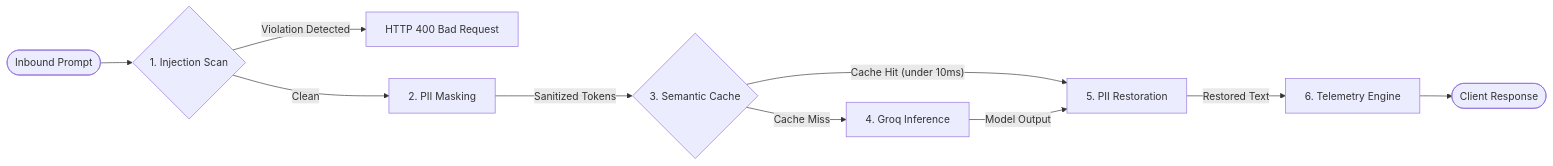
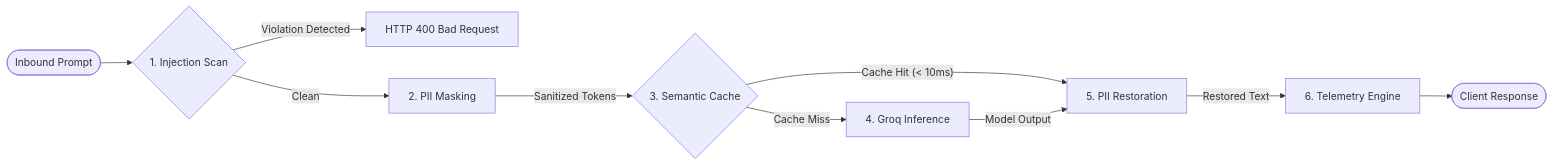
One commit to hossameid7/LLM-Guardrails-Safety-Gateway changed the first of 3 diagrams in README.md. Above: the diagram before and after it, drawn with Mermaid. The commit also changed other lines of this file and 2 other files, not shown here.

````diff
--- a/README.md
+++ b/README.md
@@ -53,16 +62,16 @@
 ```mermaid
 flowchart LR
     Inbound(["Inbound Prompt"]) --> Step1{"1. Injection Scan"}
     
     Step1 -->|"Violation Detected"| Blocked["HTTP 400 Bad Request"]
     Step1 -->|"Clean"| Step2["2. PII Masking"]
     
     Step2 -->|"Sanitized Tokens"| Step3{"3. Semantic Cache"}
     
-    Step3 -->|"Cache Hit (under 10ms)"| Step5["5. PII Restoration"]
+    Step3 -->|"Cache Hit (< 10ms)"| Step5["5. PII Restoration"]
     Step3 -->|"Cache Miss"| Step4["4. Groq Inference"]
     
     Step4 -->|"Model Output"| Step5
     Step5 -->|"Restored Text"| Step6["6. Telemetry Engine"]
     Step6 --> Outbound(["Client Response"])
 ```
````
